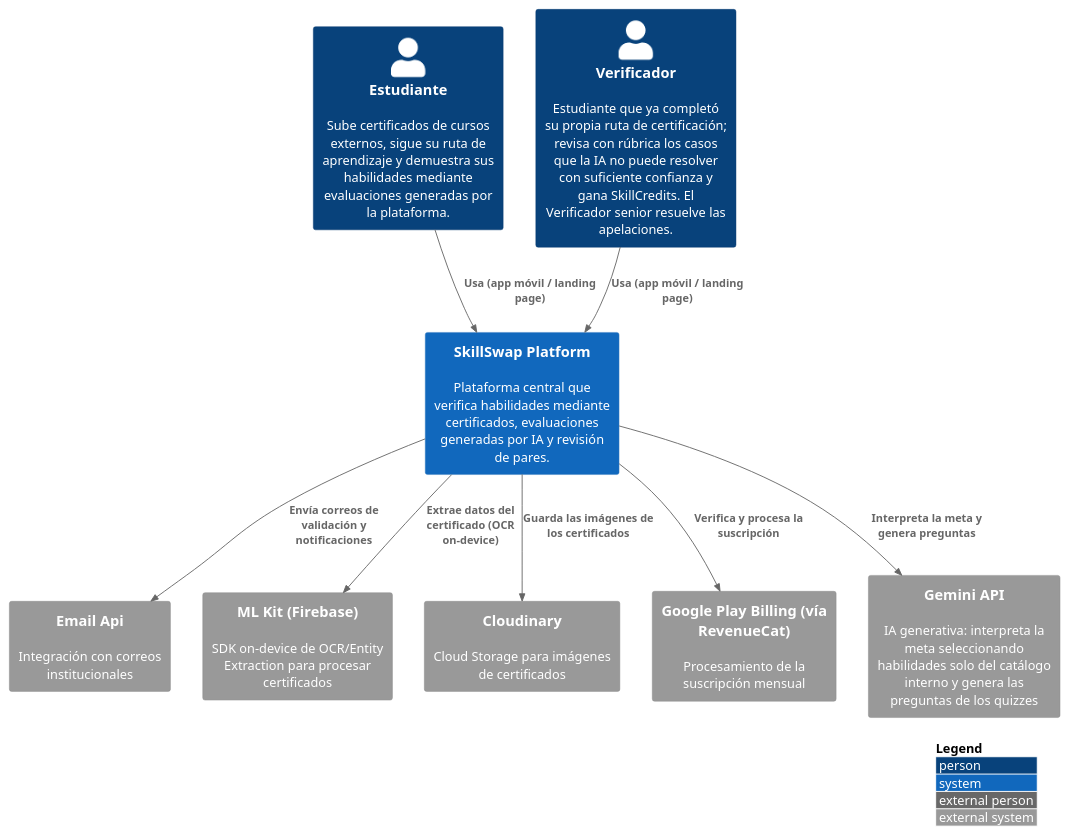
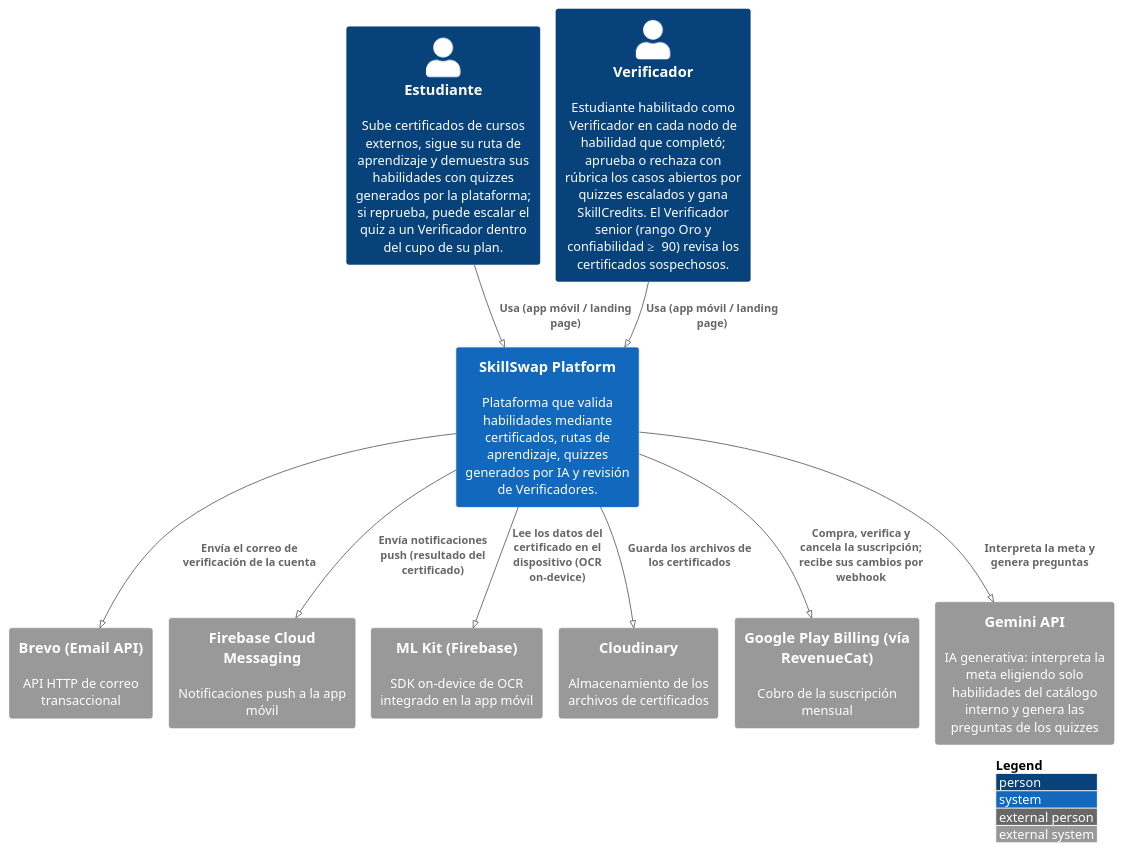
Before and after one commit to Aplicaciones-Dispositivos-Moviles/SkillSwap-ProjectReport: the diagram in DB&C4/System_Context_Diagram.puml, drawn with PlantUML. The commit also changed 25 other files, not shown here.

First line of the commit message:
docs(images): regenerate C4, context map and component diagrams

```diff
--- a/DB&C4/System_Context_Diagram.puml
+++ b/DB&C4/System_Context_Diagram.puml
@@ -1,26 +1,29 @@
 @startuml SkillSwapSystemContext
+!pragma layout smetana
 !include https://raw.githubusercontent.com/plantuml-stdlib/C4-PlantUML/master/C4_Context.puml
 
 LAYOUT_WITH_LEGEND()
 
-Person(student, "Estudiante", "Sube certificados de cursos externos, sigue su ruta de aprendizaje y demuestra sus habilidades mediante evaluaciones generadas por la plataforma.")
-Person(verifier, "Verificador", "Estudiante que ya completó su propia ruta de certificación; revisa con rúbrica los casos que la IA no puede resolver con suficiente confianza y gana SkillCredits. El Verificador senior resuelve las apelaciones.")
+Person(student, "Estudiante", "Sube certificados de cursos externos, sigue su ruta de aprendizaje y demuestra sus habilidades con quizzes generados por la plataforma; si reprueba, puede escalar el quiz a un Verificador dentro del cupo de su plan.")
+Person(verifier, "Verificador", "Estudiante habilitado como Verificador en cada nodo de habilidad que completó; aprueba o rechaza con rúbrica los casos abiertos por quizzes escalados y gana SkillCredits. El Verificador senior (rango Oro y confiabilidad ≥ 90) revisa los certificados sospechosos.")
 
-System(skillSwapSystem, "SkillSwap Platform", "Plataforma central que verifica habilidades mediante certificados, evaluaciones generadas por IA y revisión de pares.")
+System(skillSwapSystem, "SkillSwap Platform", "Plataforma que valida habilidades mediante certificados, rutas de aprendizaje, quizzes generados por IA y revisión de Verificadores.")
 
-System_Ext(emailService, "Email Api", "Integración con correos institucionales")
-System_Ext(mlKitService, "ML Kit (Firebase)", "SDK on-device de OCR/Entity Extraction para procesar certificados")
-System_Ext(cloudStorage, "Cloudinary", "Cloud Storage para imágenes de certificados")
-System_Ext(googlePlayBilling, "Google Play Billing (vía RevenueCat)", "Procesamiento de la suscripción mensual")
-System_Ext(geminiApi, "Gemini API", "IA generativa: interpreta la meta seleccionando habilidades solo del catálogo interno y genera las preguntas de los quizzes")
+System_Ext(emailService, "Brevo (Email API)", "API HTTP de correo transaccional")
+System_Ext(pushService, "Firebase Cloud Messaging", "Notificaciones push a la app móvil")
+System_Ext(mlKitService, "ML Kit (Firebase)", "SDK on-device de OCR integrado en la app móvil")
+System_Ext(cloudStorage, "Cloudinary", "Almacenamiento de los archivos de certificados")
+System_Ext(googlePlayBilling, "Google Play Billing (vía RevenueCat)", "Cobro de la suscripción mensual")
+System_Ext(geminiApi, "Gemini API", "IA generativa: interpreta la meta eligiendo solo habilidades del catálogo interno y genera las preguntas de los quizzes")
 
 Rel(student, skillSwapSystem, "Usa (app móvil / landing page)")
 Rel(verifier, skillSwapSystem, "Usa (app móvil / landing page)")
 
-Rel(skillSwapSystem, emailService, "Envía correos de validación y notificaciones")
-Rel(skillSwapSystem, mlKitService, "Extrae datos del certificado (OCR on-device)")
-Rel(skillSwapSystem, cloudStorage, "Guarda las imágenes de los certificados")
-Rel(skillSwapSystem, googlePlayBilling, "Verifica y procesa la suscripción")
+Rel(skillSwapSystem, emailService, "Envía el correo de verificación de la cuenta")
+Rel(skillSwapSystem, pushService, "Envía notificaciones push (resultado del certificado)")
+Rel(skillSwapSystem, mlKitService, "Lee los datos del certificado en el dispositivo (OCR on-device)")
+Rel(skillSwapSystem, cloudStorage, "Guarda los archivos de los certificados")
+Rel(skillSwapSystem, googlePlayBilling, "Compra, verifica y cancela la suscripción; recibe sus cambios por webhook")
 Rel(skillSwapSystem, geminiApi, "Interpreta la meta y genera preguntas")
 
 @enduml
```
